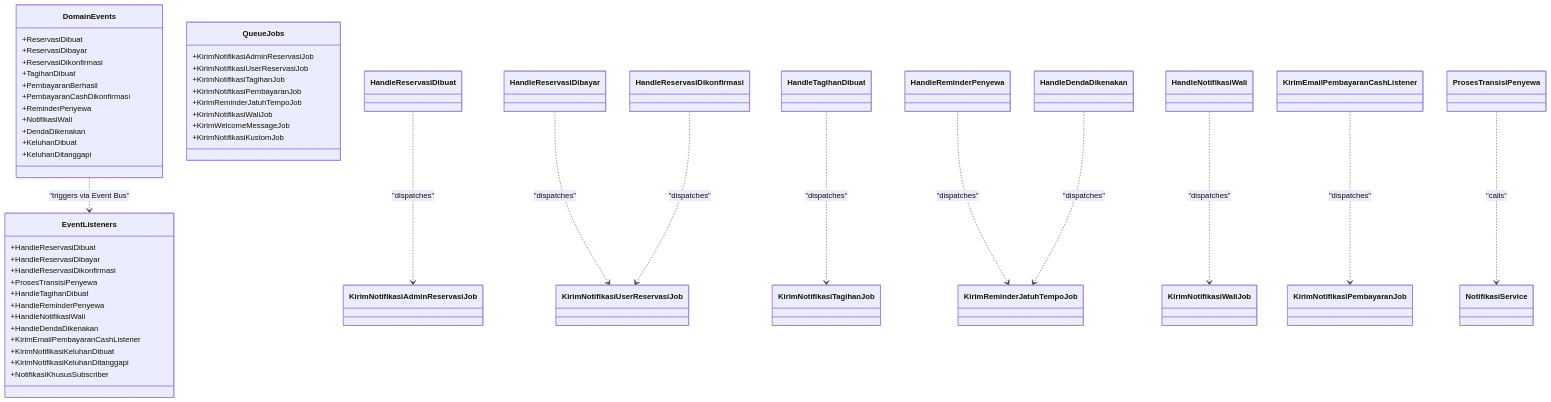
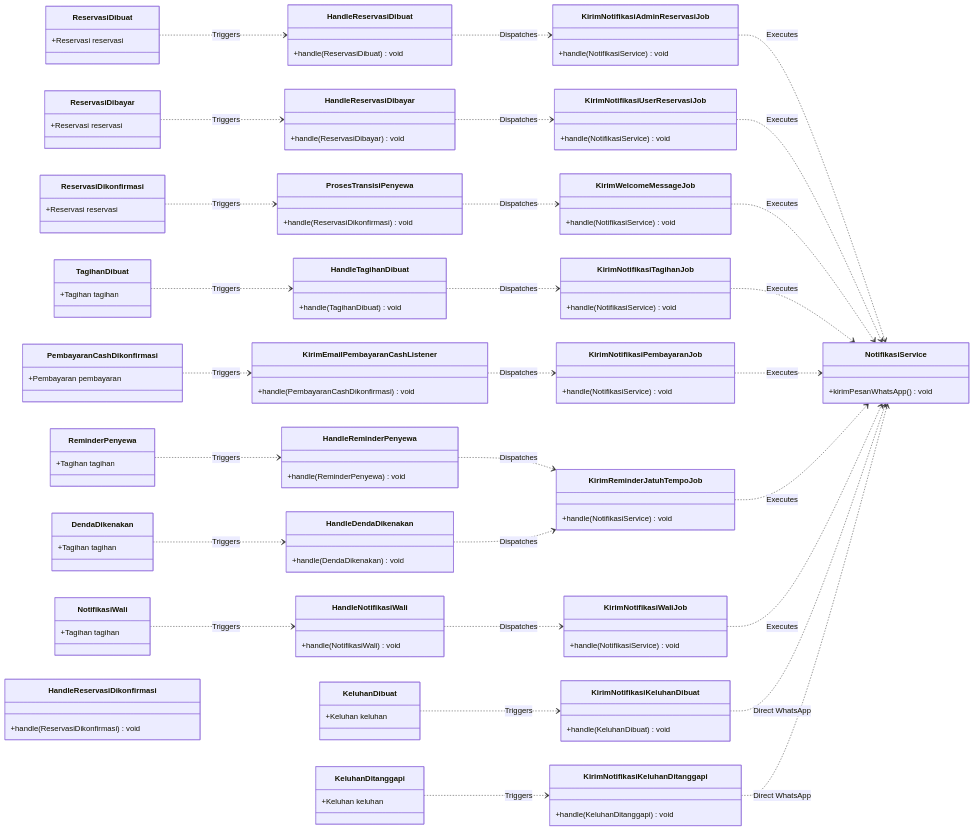
Before and after one commit to rafifarsyapradiva/asri-boarding-house: the diagram in Blueprint/class/class_diagram_events_queues.mmd, drawn with Mermaid. The commit also changed 27 other files, not shown here.

Commit message:
docs(class-diagram): sempurnakan desain oop, tata letak visual lr/tb, dan resolusi tinggi 14k untuk seluruh diagram kelas

```diff
--- a/Blueprint/class/class_diagram_events_queues.mmd
+++ b/Blueprint/class/class_diagram_events_queues.mmd
@@ -1,50 +1,73 @@
 classDiagram
-    direction TB
-    class DomainEvents {
-        +ReservasiDibuat
-        +ReservasiDibayar
-        +ReservasiDikonfirmasi
-        +TagihanDibuat
-        +PembayaranBerhasil
-        +PembayaranCashDikonfirmasi
-        +ReminderPenyewa
-        +NotifikasiWali
-        +DendaDikenakan
-        +KeluhanDibuat
-        +KeluhanDitanggapi
-    }
-    class EventListeners {
-        +HandleReservasiDibuat
-        +HandleReservasiDibayar
-        +HandleReservasiDikonfirmasi
-        +ProsesTransisiPenyewa
-        +HandleTagihanDibuat
-        +HandleReminderPenyewa
-        +HandleNotifikasiWali
-        +HandleDendaDikenakan
-        +KirimEmailPembayaranCashListener
-        +KirimNotifikasiKeluhanDibuat
-        +KirimNotifikasiKeluhanDitanggapi
-        +NotifikasiKhususSubscriber
-    }
-    class QueueJobs {
-        +KirimNotifikasiAdminReservasiJob
-        +KirimNotifikasiUserReservasiJob
-        +KirimNotifikasiTagihanJob
-        +KirimNotifikasiPembayaranJob
-        +KirimReminderJatuhTempoJob
-        +KirimNotifikasiWaliJob
-        +KirimWelcomeMessageJob
-        +KirimNotifikasiKustomJob
-    }
+    direction LR
 
-    DomainEvents ..> EventListeners : "triggers via Event Bus"
-    HandleReservasiDibuat ..> KirimNotifikasiAdminReservasiJob : "dispatches"
-    HandleReservasiDibayar ..> KirimNotifikasiUserReservasiJob : "dispatches"
-    HandleReservasiDikonfirmasi ..> KirimNotifikasiUserReservasiJob : "dispatches"
-    HandleTagihanDibuat ..> KirimNotifikasiTagihanJob : "dispatches"
-    HandleReminderPenyewa ..> KirimReminderJatuhTempoJob : "dispatches"
-    HandleNotifikasiWali ..> KirimNotifikasiWaliJob : "dispatches"
-    HandleDendaDikenakan ..> KirimReminderJatuhTempoJob : "dispatches"
-    KirimEmailPembayaranCashListener ..> KirimNotifikasiPembayaranJob : "dispatches"
-    ProsesTransisiPenyewa ..> NotifikasiService : "calls"
+    class ReservasiDibuat { +Reservasi reservasi }
+    class ReservasiDibayar { +Reservasi reservasi }
+    class ReservasiDikonfirmasi { +Reservasi reservasi }
+    class TagihanDibuat { +Tagihan tagihan }
+    class PembayaranCashDikonfirmasi { +Pembayaran pembayaran }
+    class ReminderPenyewa { +Tagihan tagihan }
+    class NotifikasiWali { +Tagihan tagihan }
+    class DendaDikenakan { +Tagihan tagihan }
+    class KeluhanDibuat { +Keluhan keluhan }
+    class KeluhanDitanggapi { +Keluhan keluhan }
+
+    class HandleReservasiDibuat { +handle(ReservasiDibuat) void }
+    class HandleReservasiDibayar { +handle(ReservasiDibayar) void }
+    class HandleReservasiDikonfirmasi { +handle(ReservasiDikonfirmasi) void }
+    class ProsesTransisiPenyewa { +handle(ReservasiDikonfirmasi) void }
+    class HandleTagihanDibuat { +handle(TagihanDibuat) void }
+    class HandleReminderPenyewa { +handle(ReminderPenyewa) void }
+    class HandleNotifikasiWali { +handle(NotifikasiWali) void }
+    class HandleDendaDikenakan { +handle(DendaDikenakan) void }
+    class KirimEmailPembayaranCashListener { +handle(PembayaranCashDikonfirmasi) void }
+    class KirimNotifikasiKeluhanDibuat { +handle(KeluhanDibuat) void }
+    class KirimNotifikasiKeluhanDitanggapi { +handle(KeluhanDitanggapi) void }
+
+    class KirimNotifikasiAdminReservasiJob { +handle(NotifikasiService) void }
+    class KirimNotifikasiUserReservasiJob { +handle(NotifikasiService) void }
+    class KirimWelcomeMessageJob { +handle(NotifikasiService) void }
+    class KirimNotifikasiTagihanJob { +handle(NotifikasiService) void }
+    class KirimNotifikasiPembayaranJob { +handle(NotifikasiService) void }
+    class KirimReminderJatuhTempoJob { +handle(NotifikasiService) void }
+    class KirimNotifikasiWaliJob { +handle(NotifikasiService) void }
+
+    class NotifikasiService { +kirimPesanWhatsApp() void }
+
+    %% Pipeline Event -> Listener -> Queue Job -> Service %%
+    ReservasiDibuat ..> HandleReservasiDibuat : Triggers
+    HandleReservasiDibuat ..> KirimNotifikasiAdminReservasiJob : Dispatches
+    KirimNotifikasiAdminReservasiJob ..> NotifikasiService : Executes
+
+    ReservasiDibayar ..> HandleReservasiDibayar : Triggers
+    HandleReservasiDibayar ..> KirimNotifikasiUserReservasiJob : Dispatches
+    KirimNotifikasiUserReservasiJob ..> NotifikasiService : Executes
+
+    ReservasiDikonfirmasi ..> ProsesTransisiPenyewa : Triggers
+    ProsesTransisiPenyewa ..> KirimWelcomeMessageJob : Dispatches
+    KirimWelcomeMessageJob ..> NotifikasiService : Executes
+
+    TagihanDibuat ..> HandleTagihanDibuat : Triggers
+    HandleTagihanDibuat ..> KirimNotifikasiTagihanJob : Dispatches
+    KirimNotifikasiTagihanJob ..> NotifikasiService : Executes
+
+    PembayaranCashDikonfirmasi ..> KirimEmailPembayaranCashListener : Triggers
+    KirimEmailPembayaranCashListener ..> KirimNotifikasiPembayaranJob : Dispatches
+    KirimNotifikasiPembayaranJob ..> NotifikasiService : Executes
+
+    ReminderPenyewa ..> HandleReminderPenyewa : Triggers
+    HandleReminderPenyewa ..> KirimReminderJatuhTempoJob : Dispatches
+
+    NotifikasiWali ..> HandleNotifikasiWali : Triggers
+    HandleNotifikasiWali ..> KirimNotifikasiWaliJob : Dispatches
+
+    DendaDikenakan ..> HandleDendaDikenakan : Triggers
+    HandleDendaDikenakan ..> KirimReminderJatuhTempoJob : Dispatches
+    KirimReminderJatuhTempoJob ..> NotifikasiService : Executes
+    KirimNotifikasiWaliJob ..> NotifikasiService : Executes
+
+    KeluhanDibuat ..> KirimNotifikasiKeluhanDibuat : Triggers
+    KirimNotifikasiKeluhanDibuat ..> NotifikasiService : Direct WhatsApp
+
+    KeluhanDitanggapi ..> KirimNotifikasiKeluhanDitanggapi : Triggers
+    KirimNotifikasiKeluhanDitanggapi ..> NotifikasiService : Direct WhatsApp
```
